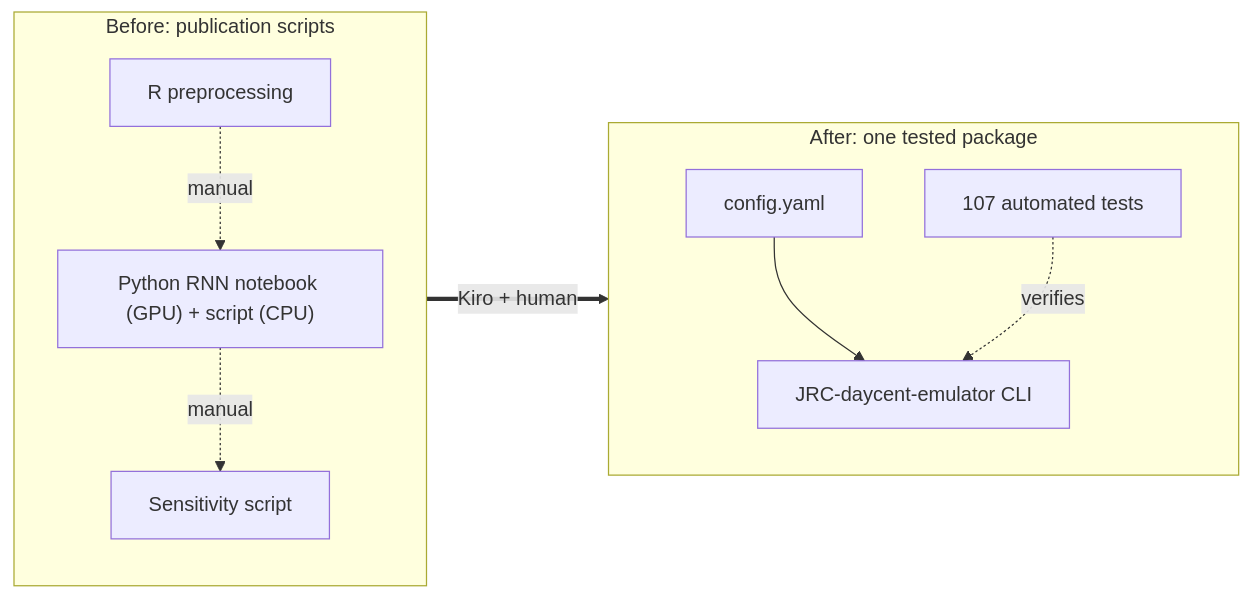
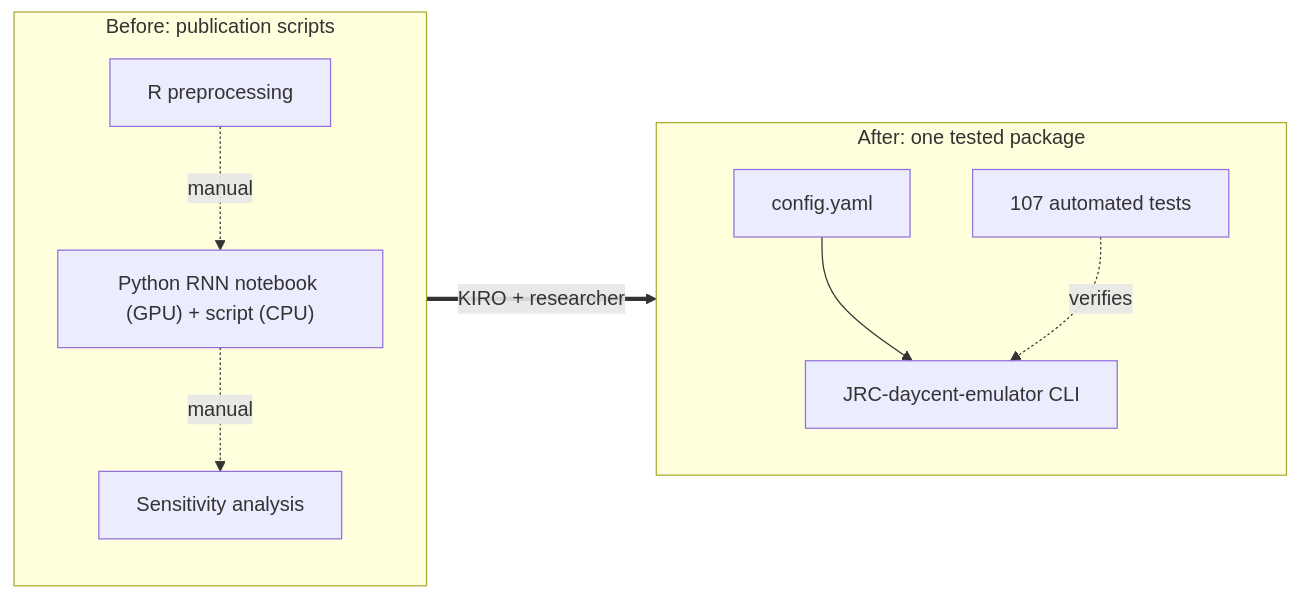
Before and after one commit to TBreure/DayCent_emulator: the first of 5 diagrams in flowcharts.md, drawn with Mermaid.

````diff
--- a/flowcharts.md
+++ b/flowcharts.md
@@ -12,17 +12,17 @@
 ```mermaid
 flowchart LR
     subgraph Before["Before: publication scripts"]
         A1[R preprocessing]
         A2["Python RNN notebook (GPU) + script (CPU)"]
-        A3[Sensitivity script]
+        A3[Sensitivity analysis]
         A1 -.manual.-> A2 -.manual.-> A3
     end
     subgraph After["After: one tested package"]
         B1[config.yaml]
         B2[JRC-daycent-emulator CLI]
         B3[107 automated tests]
         B1 --> B2
         B3 -. verifies .-> B2
     end
-    Before ==>|"Kiro + human"| After
+    Before ==>|"KIRO + researcher"| After
 ```
````
